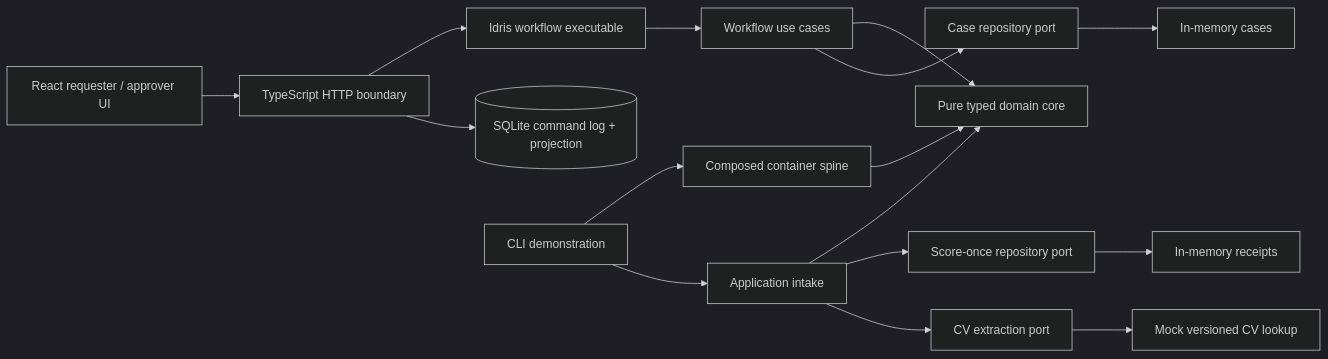
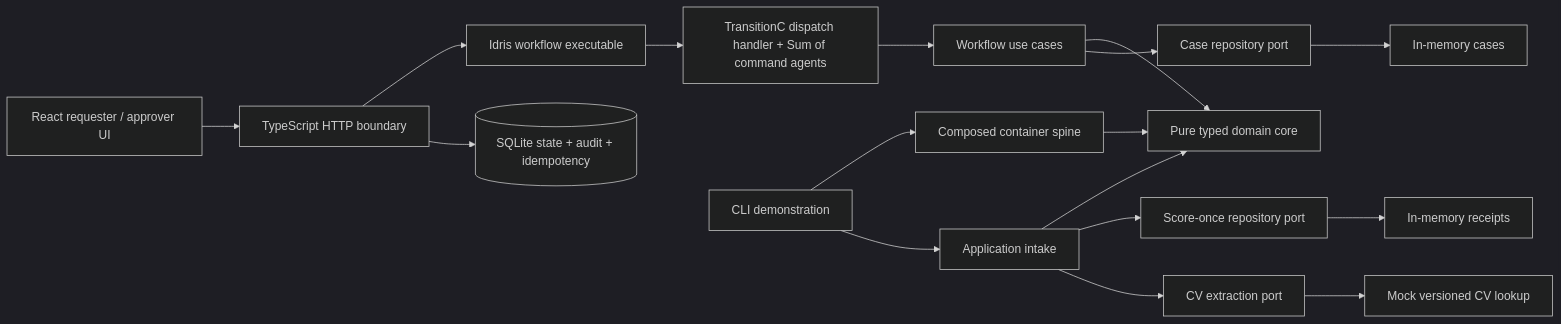
One commit to robertiannuzzo/agentic-kodamai changed the diagram in docs/architecture.md. Above: the diagram before and after it, drawn with Mermaid (dark theme). The commit also changed other lines of this file and 40 other files, not shown here.

````diff
--- a/docs/architecture.md
+++ b/docs/architecture.md
@@ -9,18 +9,19 @@
 ```mermaid
 flowchart LR
   Web[React requester / approver UI] --> API[TypeScript HTTP boundary]
   API --> Worker[Idris workflow executable]
-  Worker --> Workflow[Workflow use cases]
-  API --> SQLite[(SQLite command log + projection)]
+  Worker --> Transition[TransitionC dispatch handler + Sum of command agents]
+  Transition --> Workflow[Workflow use cases]
+  API --> SQLite[(SQLite state + audit + idempotency)]
   CLI[CLI demonstration] --> Spine[Composed container spine]
   Spine --> Core[Pure typed domain core]
   CLI --> Intake[Application intake]
   Workflow --> Core
   Intake --> Core
   Workflow --> Cases[Case repository port]
   Intake --> Scores[Score-once repository port]
   Intake --> Extractor[CV extraction port]
   Cases --> CaseMemory[In-memory cases]
   Scores --> Memory[In-memory receipts]
   Extractor --> Mock[Mock versioned CV lookup]
 ```
````
